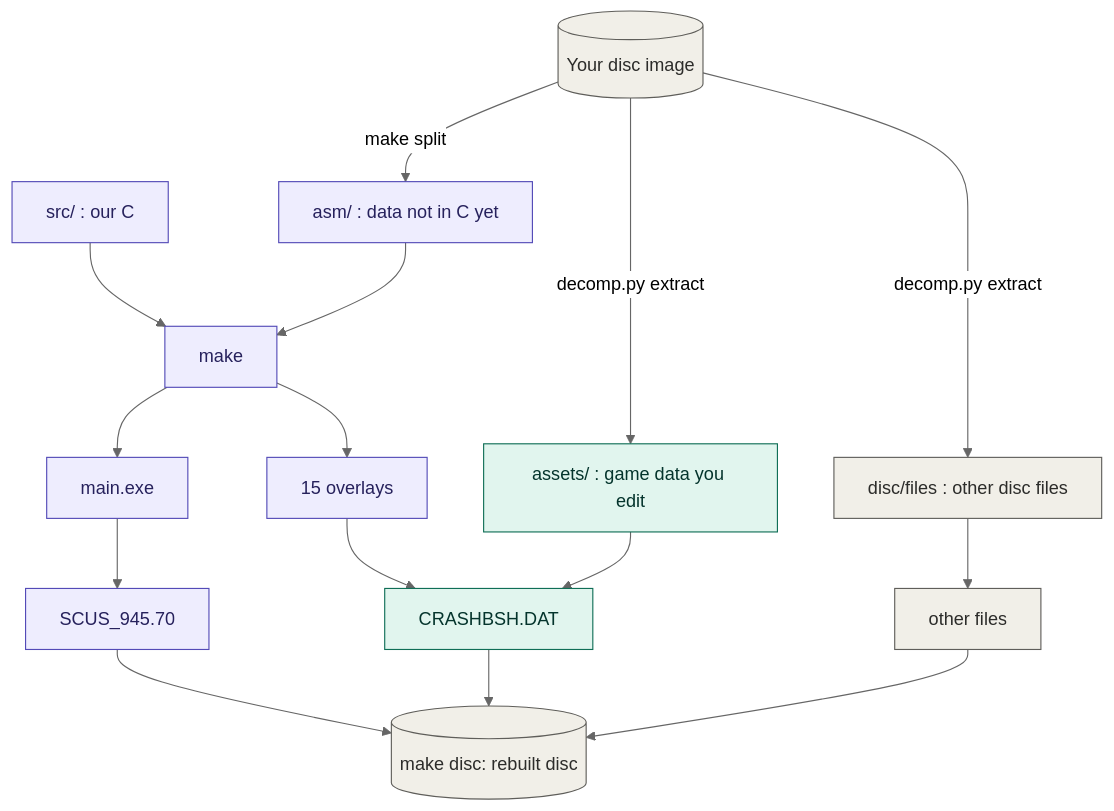
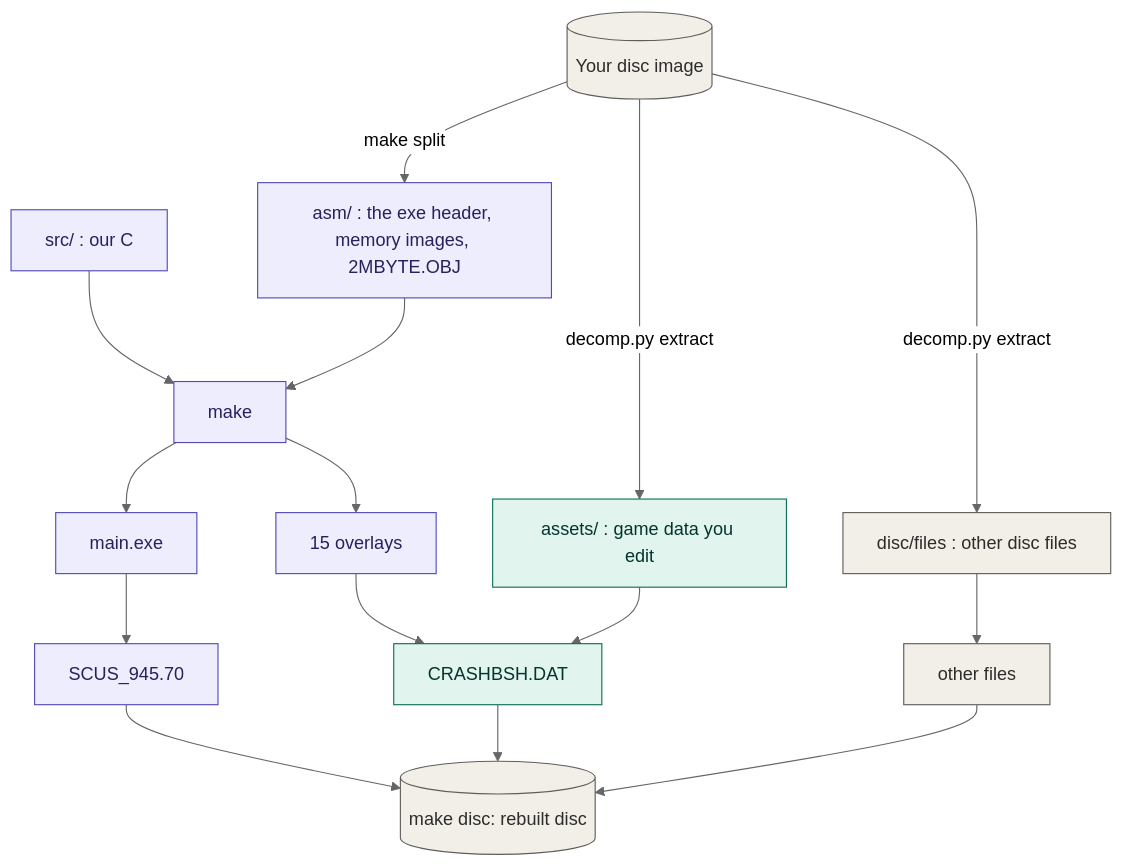
Before and after one commit to jake-r-r-w/crash_bash_decomp: the diagram in README.md, drawn with Mermaid (neutral theme). The commit also changed other lines of this file and 15 other files, not shown here.

Commit message:
Docs: ARCHITECTURE.md describes the game's systems (How the game works), and every doc is brought up to date: func_ addresses as names, stale notes rewritten, the agent log's current state (ROADMAP-B Part 3)

````diff
--- a/README.md
+++ b/README.md
@@ -82,26 +84,26 @@
 ```mermaid
 flowchart TD
     src["src/ : our C"]
     disc[("Your disc image")]
-    disc -- "make split" --> asm["asm/ : data not in C yet"]
+    disc -- "make split" --> asm["asm/ : the exe header, memory images, 2MBYTE.OBJ"]
     disc -- "decomp.py extract" --> assets["assets/ : game data you edit"]
     disc -- "decomp.py extract" --> files["disc/files : other disc files"]
     src --> make["make"]
     asm --> make
     make --> exe["main.exe"]
     make --> ovl["15 overlays"]
     exe --> boot["SCUS_945.70"]
     ovl --> dat["CRASHBSH.DAT"]
     assets --> dat
     files --> other["other files"]
     boot --> out[("make disc: rebuilt disc")]
     dat --> out
     other --> out
 
     classDef code fill:#EEEDFE,stroke:#534AB7,color:#26215C
     classDef data fill:#E1F5EE,stroke:#0F6E56,color:#04342C
     classDef plain fill:#F1EFE8,stroke:#5F5E5A,color:#2C2C2A
     class src,asm,make,exe,ovl,boot code
     class assets,dat data
     class disc,files,other,out plain
 ```
````
